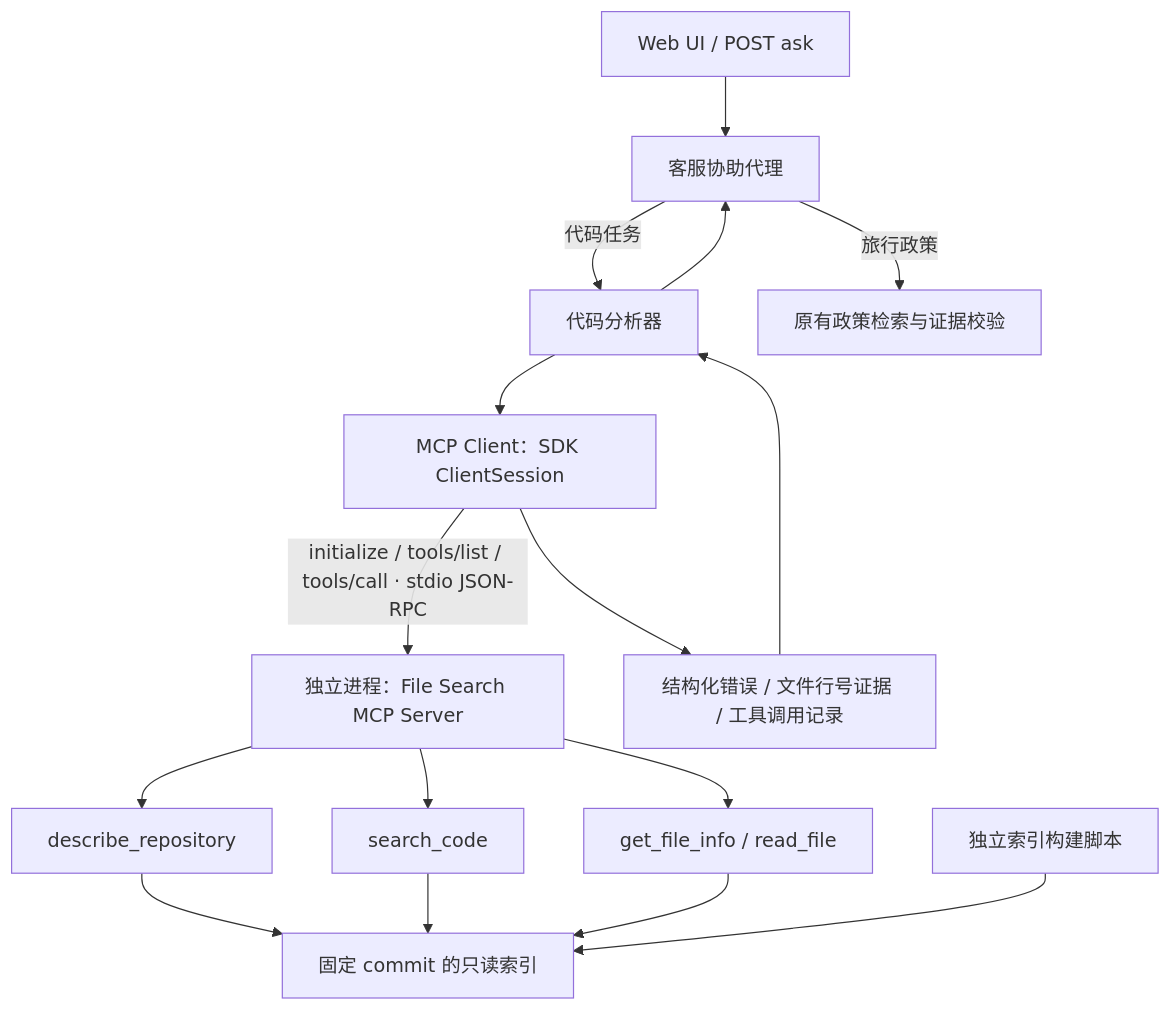
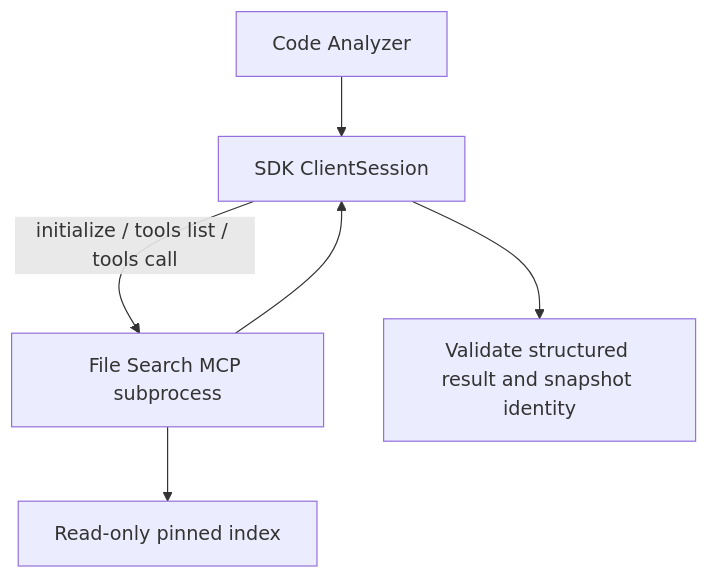
The diagram in docs/file-search-mcp.md (heathy321/support-system-knowledge-agent), drawn with Mermaid before and after one commit. The commit also changed other lines of this file and 85 other files, not shown here.

````diff
--- a/docs/file-search-mcp.md
+++ b/docs/file-search-mcp.md
@@ -7,18 +5,8 @@
 ```mermaid
 flowchart TD
-    U[Web UI / POST ask] --> M[客服协助代理]
-    M -->|代码任务| A[代码分析器]
-    M -->|旅行政策| P[原有政策检索与证据校验]
-    A --> C[MCP Client：SDK ClientSession]
-    C -->|initialize / tools/list / tools/call · stdio JSON-RPC| S[独立进程：File Search MCP Server]
-    S --> D[describe_repository]
-    S --> Q[search_code]
-    S --> F[get_file_info / read_file]
-    D --> I[固定 commit 的只读索引]
-    Q --> I
-    F --> I
-    J[独立索引构建脚本] --> I
-    C --> R[结构化错误 / 文件行号证据 / 工具调用记录]
-    R --> A
-    A --> M
+    A[Code Analyzer] --> C[SDK ClientSession]
+    C -->|initialize / tools list / tools call| S[File Search MCP subprocess]
+    S --> I[Read-only pinned index]
+    S --> C
+    C --> V[Validate structured result and snapshot identity]
 ```
````
